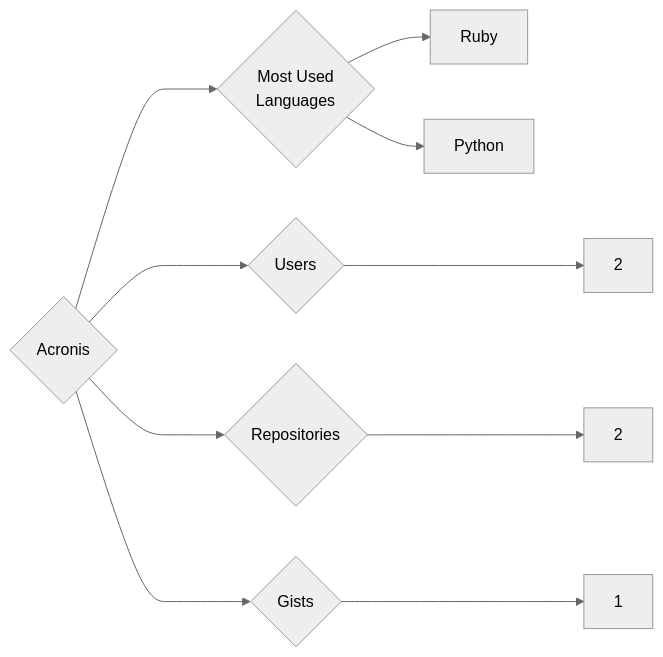
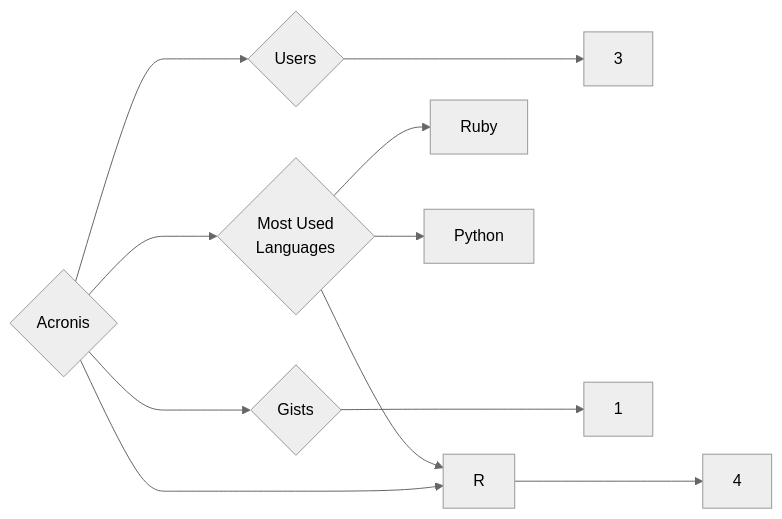
The diagram in targets/Acronis/README.md (trickest/insiders), drawn with Mermaid (neutral theme) before and after one commit. The commit also changed 1023 other files, not shown here.

````diff
--- a/targets/Acronis/README.md
+++ b/targets/Acronis/README.md
@@ -3,10 +3,11 @@
 ```mermaid
 graph LR
 COMPANY_NAME{Acronis}
-COMPANY_NAME ---> U{Users} ---> UN[2]
-COMPANY_NAME ---> R{Repositories} ---> RN[2]
+COMPANY_NAME ---> U{Users} ---> UN[3]
+COMPANY_NAME ---> R{Repositories} ---> RN[4]
 COMPANY_NAME ---> G{Gists} ---> GN[1]
 COMPANY_NAME ---> ML{Most Used<br>Languages}
 ML --> Ruby[Ruby]
+ML --> R[R]
 ML --> Python[Python]
 ```
````
